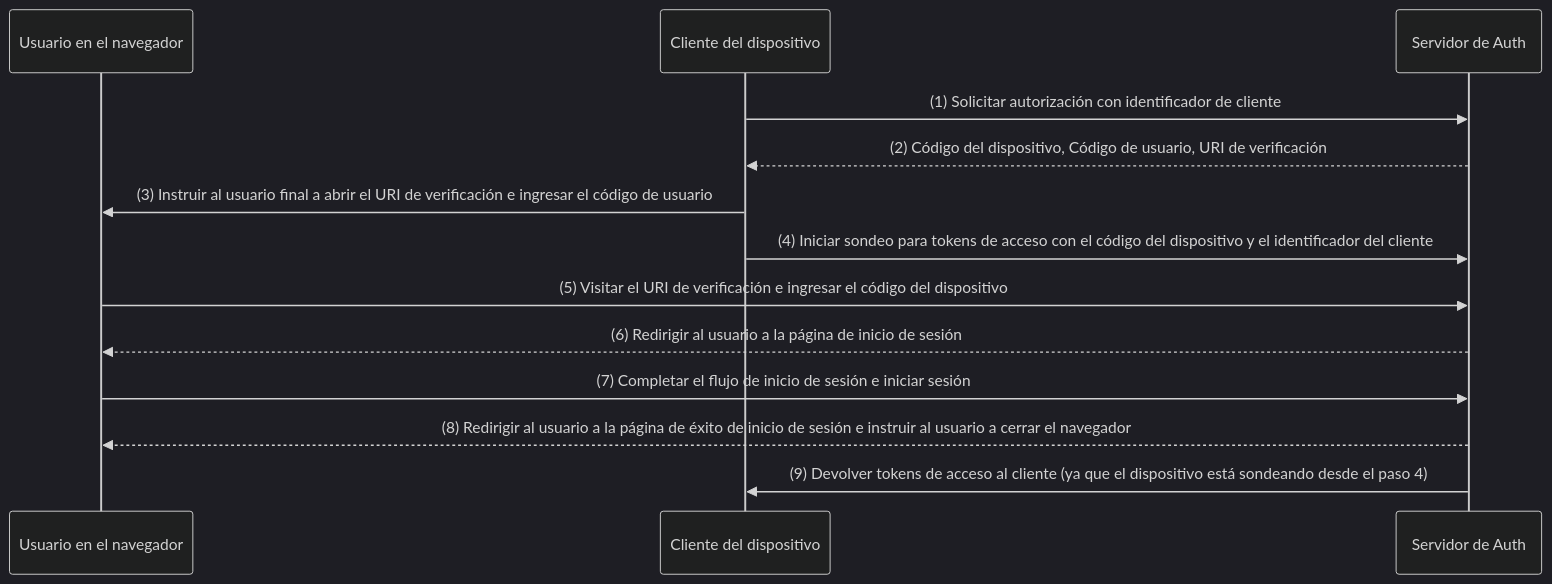
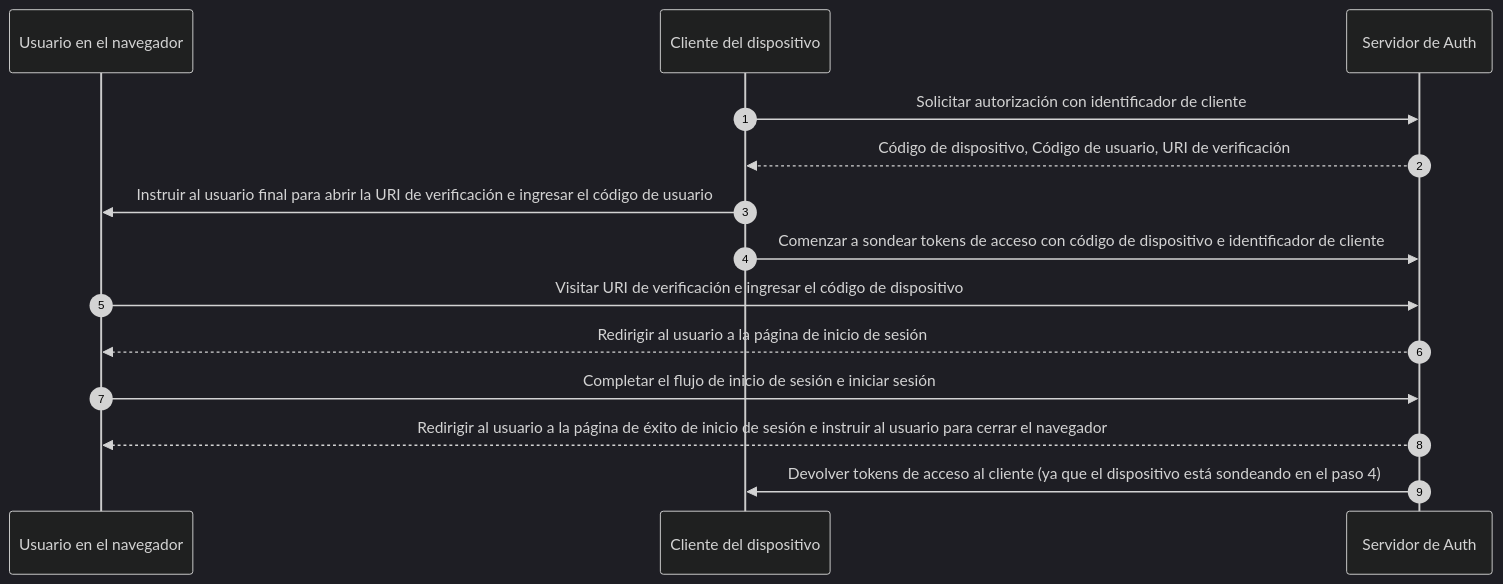
Before and after one commit to logto-io/auth-wiki: the diagram in src/content/terms/es/device-flow.mdx, drawn with Mermaid (dark theme). The commit also changed other lines of this file and 98 other files, not shown here.

````diff
--- a/src/content/terms/es/device-flow.mdx
+++ b/src/content/terms/es/device-flow.mdx
@@ -88,16 +90,17 @@
 ```mermaid
 sequenceDiagram
+	autonumber
 	participant Usuario en el navegador
 	participant Cliente del dispositivo
 	participant Servidor de Auth
 
-	Cliente del dispositivo ->> Servidor de Auth: (1) Solicitar autorización con identificador de cliente
-	Servidor de Auth -->> Cliente del dispositivo: (2) Código del dispositivo, Código de usuario, URI de verificación
-	Cliente del dispositivo ->> Usuario en el navegador: (3) Instruir al usuario final a abrir el URI de verificación e ingresar el código de usuario
-	Cliente del dispositivo ->> Servidor de Auth: (4) Iniciar sondeo para tokens de acceso con el código del dispositivo y el identificador del cliente
-	Usuario en el navegador ->> Servidor de Auth: (5) Visitar el URI de verificación e ingresar el código del dispositivo
-	Servidor de Auth -->> Usuario en el navegador: (6) Redirigir al usuario a la página de inicio de sesión
-	Usuario en el navegador ->> Servidor de Auth: (7) Completar el flujo de inicio de sesión e iniciar sesión
-	Servidor de Auth -->> Usuario en el navegador: (8) Redirigir al usuario a la página de éxito de inicio de sesión e instruir al usuario a cerrar el navegador
-	Servidor de Auth ->> Cliente del dispositivo: (9) Devolver tokens de acceso al cliente (ya que el dispositivo está sondeando desde el paso 4)
+	Cliente del dispositivo ->> Servidor de Auth: Solicitar autorización con identificador de cliente
+	Servidor de Auth -->> Cliente del dispositivo: Código de dispositivo, Código de usuario, URI de verificación
+	Cliente del dispositivo ->> Usuario en el navegador: Instruir al usuario final para abrir la URI de verificación e ingresar el código de usuario
+	Cliente del dispositivo ->> Servidor de Auth: Comenzar a sondear tokens de acceso con código de dispositivo e identificador de cliente
+	Usuario en el navegador ->> Servidor de Auth: Visitar URI de verificación e ingresar el código de dispositivo
+	Servidor de Auth -->> Usuario en el navegador: Redirigir al usuario a la página de inicio de sesión
+	Usuario en el navegador ->> Servidor de Auth: Completar el flujo de inicio de sesión e iniciar sesión
+	Servidor de Auth -->> Usuario en el navegador: Redirigir al usuario a la página de éxito de inicio de sesión e instruir al usuario para cerrar el navegador
+	Servidor de Auth ->> Cliente del dispositivo: Devolver tokens de acceso al cliente (ya que el dispositivo está sondeando en el paso 4)
 ```
````
